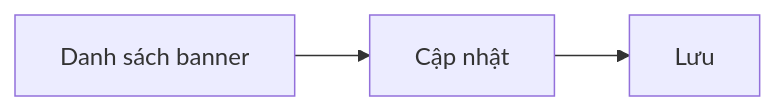
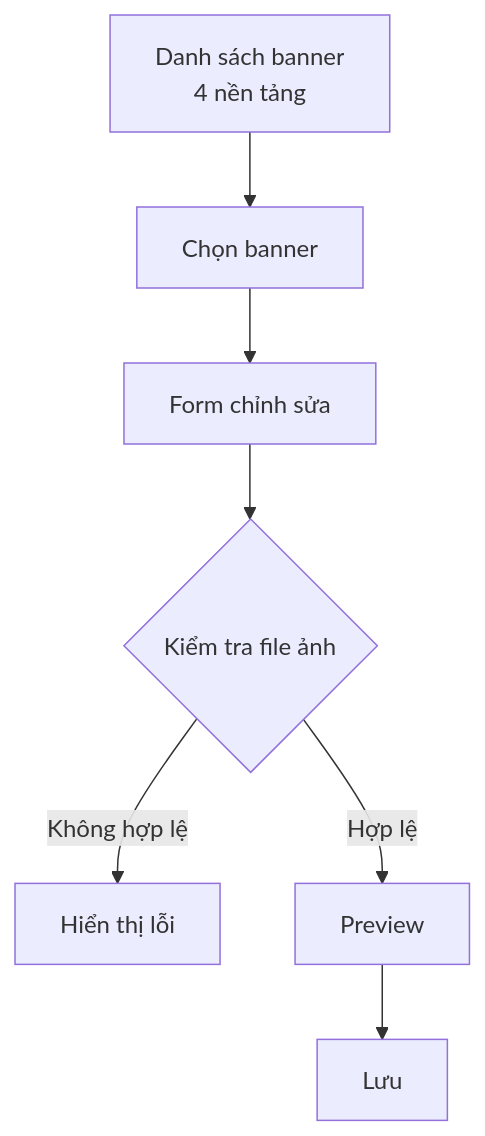
One commit to ldphu410/Analyze changed the diagram in Result/modules/quan-ly-banner.md. Above: the diagram before and after it, drawn with Mermaid. The commit also changed 8 other files, not shown here.

Commit message:
chore: Update module diagram

````diff
--- a/Result/modules/quan-ly-banner.md
+++ b/Result/modules/quan-ly-banner.md
@@ -65,5 +65,9 @@
 ```mermaid
-flowchart LR
-  List[Danh sách banner] --> Update[Cập nhật]
-  Update --> Save[Lưu]
+flowchart TD
+  List[Danh sách banner<br/>4 nền tảng] --> Select[Chọn banner]
+  Select --> Form[Form chỉnh sửa]
+  Form --> Validate{Kiểm tra file ảnh}
+  Validate -->|Không hợp lệ| Error[Hiển thị lỗi]
+  Validate -->|Hợp lệ| Preview[Preview]
+  Preview --> Save[Lưu]
 ```
````
